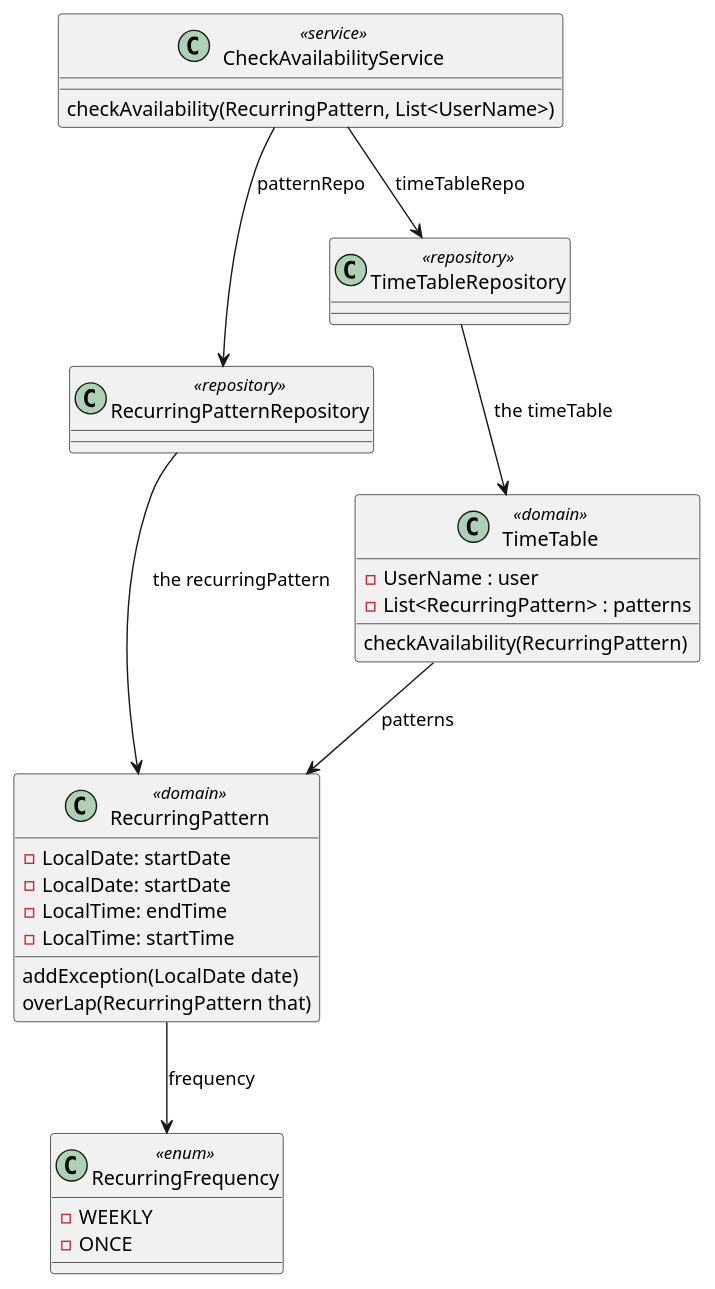
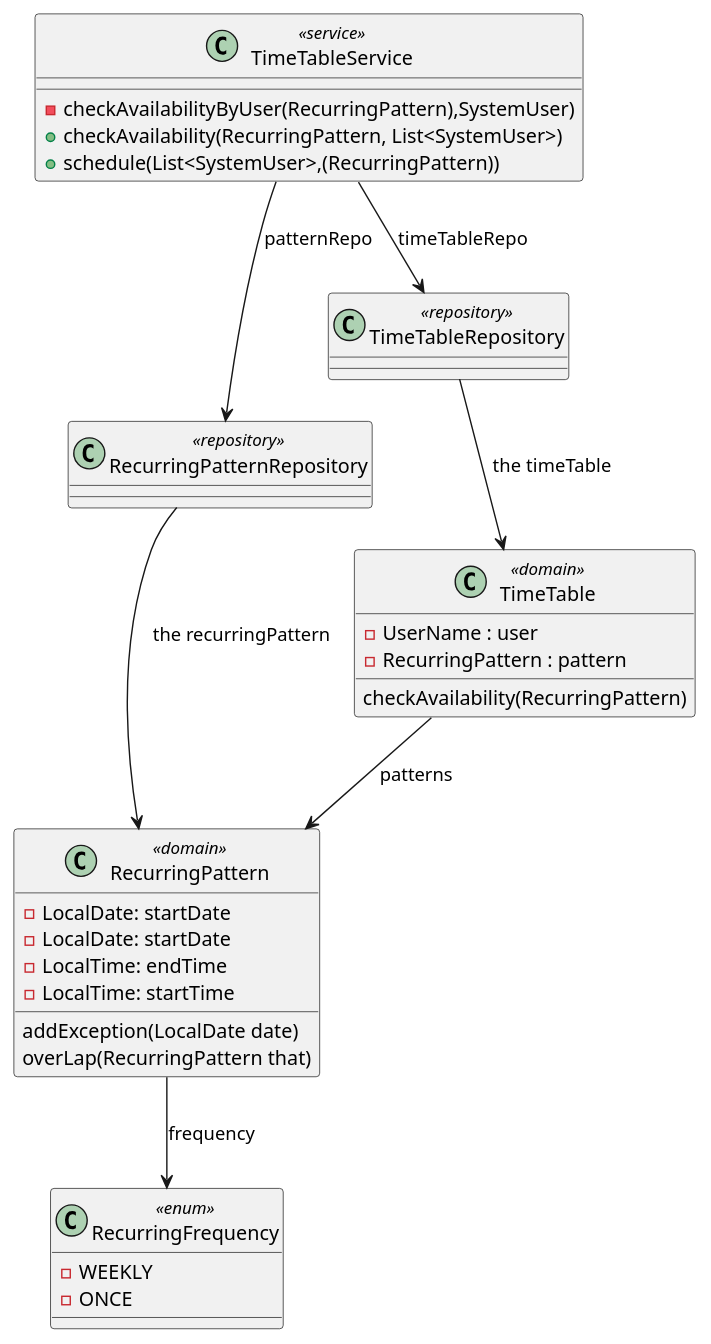
The diagram in docs/timetable/CD.puml (jovami/isep-lapr4), drawn with PlantUML before and after one commit. The commit also changed 2 other files, not shown here.

Commit message:
(docs/timetable): timeTable stores a singleUser and a singlePattern

```diff
--- a/docs/timetable/CD.puml
+++ b/docs/timetable/CD.puml
@@ -1,39 +1,43 @@
 @startuml
 
 class TimeTable <<domain>>{
 - UserName : user
-- List<RecurringPattern> : patterns
+- RecurringPattern : pattern
 }
 
 class RecurringPattern <<domain>>{
 - LocalDate: startDate
 - LocalDate: startDate
 - LocalTime: endTime
 - LocalTime: startTime
 }
 
 class RecurringFrequency<<enum>>{
 - WEEKLY
 - ONCE
 }
 
 class RecurringPatternRepository <<repository>>
 class TimeTableRepository <<repository>>
-class CheckAvailabilityService <<service>>
+class TimeTableService <<service>>{
+- checkAvailabilityByUser(RecurringPattern),SystemUser)
++ checkAvailability(RecurringPattern, List<SystemUser>)
++ schedule(List<SystemUser>,(RecurringPattern))
+}
 
 TimeTable --> RecurringPattern : patterns
 TimeTable : checkAvailability(RecurringPattern)
 
-CheckAvailabilityService : checkAvailability(RecurringPattern, List<UserName>)
-CheckAvailabilityService --> RecurringPatternRepository :patternRepo
-CheckAvailabilityService --> TimeTableRepository :timeTableRepo
+
+TimeTableService --> RecurringPatternRepository :patternRepo
+TimeTableService --> TimeTableRepository :timeTableRepo
 
 RecurringPatternRepository --> RecurringPattern : the recurringPattern
 RecurringPattern --> RecurringFrequency : frequency
 RecurringPattern : addException(LocalDate date)
 RecurringPattern : overLap(RecurringPattern that)
 
 TimeTableRepository --> TimeTable: the timeTable
 
 
 @enduml
```
